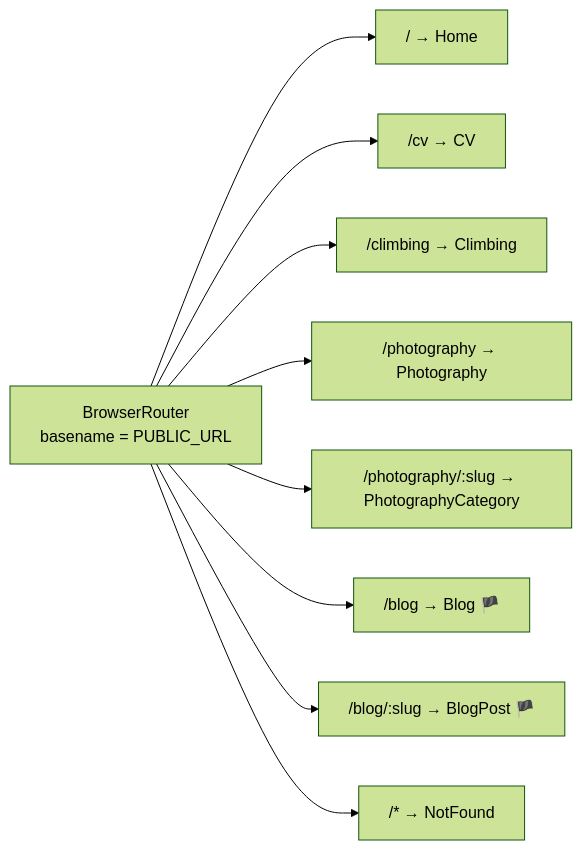
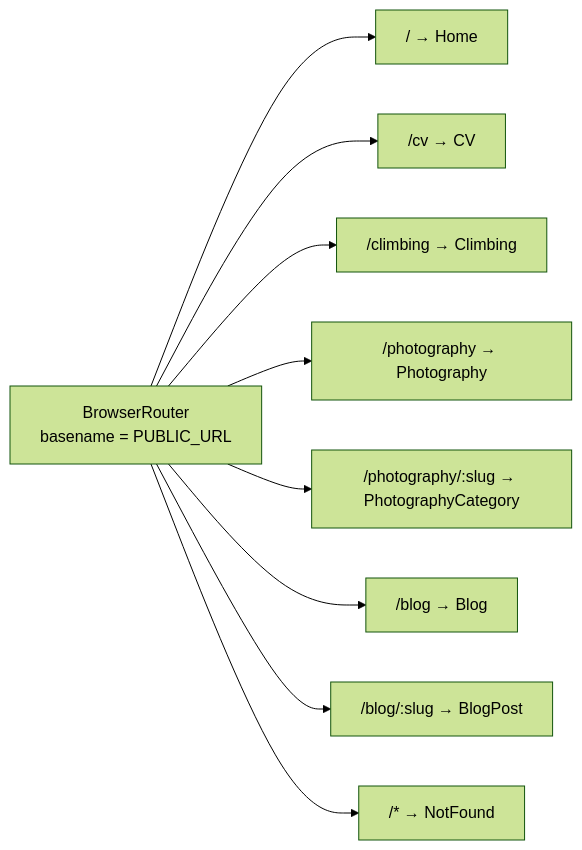
Before and after one commit to danphenderson/dev-danhenderson: the third of 5 diagrams in docs/architecture/app-architecture.md, drawn with Mermaid (forest theme). The commit also changed other lines of this file and 171 other files, not shown here.

````diff
--- a/docs/architecture/app-architecture.md
+++ b/docs/architecture/app-architecture.md
@@ -70,13 +70,13 @@
 ```mermaid
 flowchart LR
   Router["BrowserRouter<br/>basename = PUBLIC_URL"]
 
   Router --> Home["/ → Home"]
   Router --> CV["/cv → CV"]
   Router --> Climbing["/climbing → Climbing"]
   Router --> Photography["/photography → Photography"]
   Router --> PhotographyCat["/photography/:slug → PhotographyCategory"]
-  Router --> Blog["/blog → Blog 🏴"]
-  Router --> BlogPost["/blog/:slug → BlogPost 🏴"]
+  Router --> Blog["/blog → Blog"]
+  Router --> BlogPost["/blog/:slug → BlogPost"]
   Router --> NotFound["/* → NotFound"]
 ```
````
